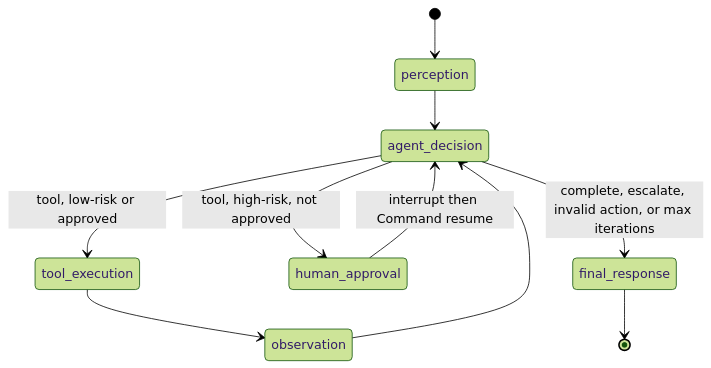
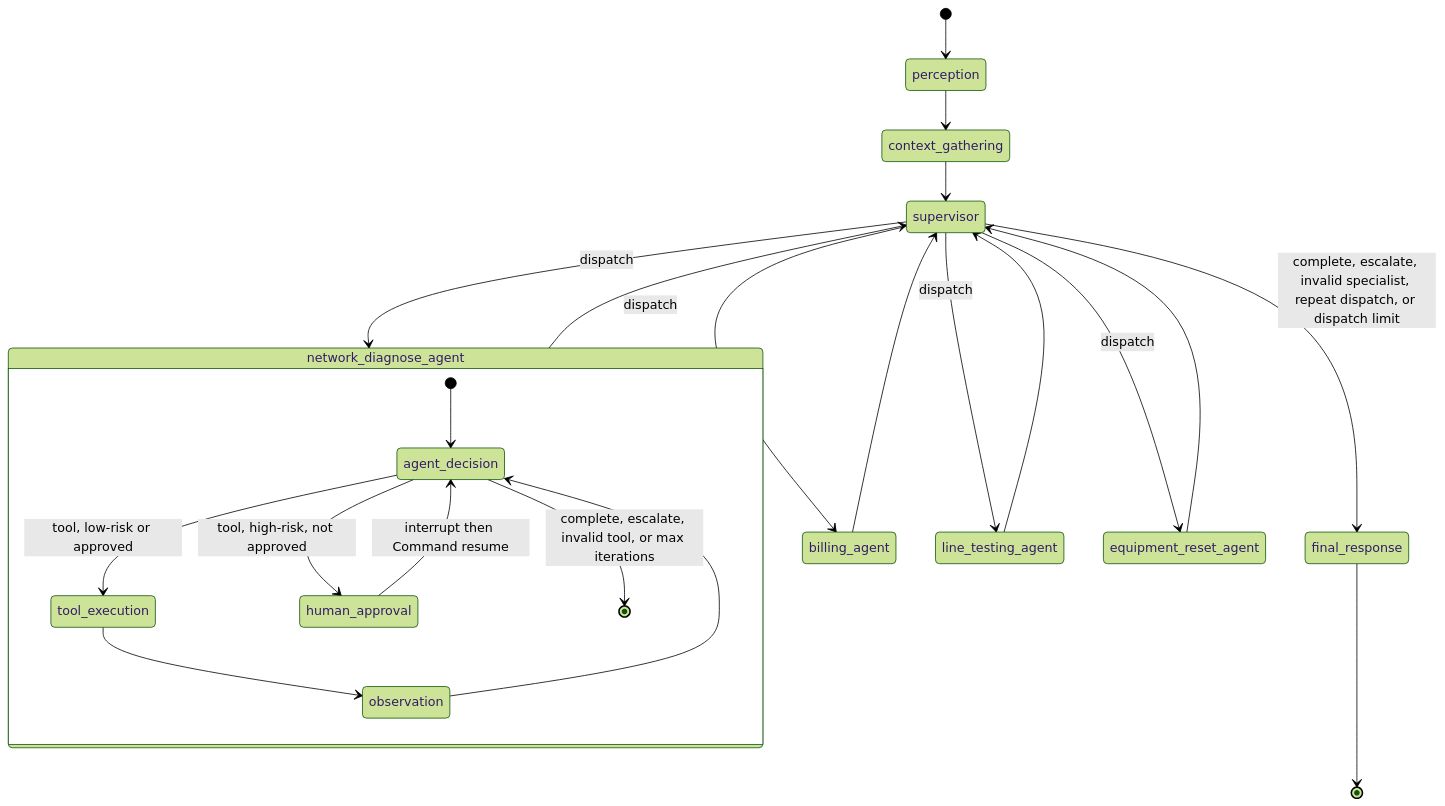
Before and after one commit to linyanqing/BroadbandServiceTriageAIAgent: the third of 5 diagrams in docs/architecture.md, drawn with Mermaid (forest theme). The commit also changed other lines of this file and 48 other files, not shown here.

````diff
--- a/docs/architecture.md
+++ b/docs/architecture.md
@@ -70,12 +86,26 @@
 ```mermaid
 stateDiagram-v2
     [*] --> perception
-    perception --> agent_decision
-    agent_decision --> tool_execution: tool, low-risk or approved
-    agent_decision --> human_approval: tool, high-risk, not approved
-    agent_decision --> final_response: complete, escalate, invalid action, or max iterations
-    tool_execution --> observation
-    observation --> agent_decision
-    human_approval --> agent_decision: interrupt then Command resume
+    perception --> context_gathering
+    context_gathering --> supervisor
+    supervisor --> network_diagnose_agent: dispatch
+    supervisor --> billing_agent: dispatch
+    supervisor --> line_testing_agent: dispatch
+    supervisor --> equipment_reset_agent: dispatch
+    supervisor --> final_response: complete, escalate, invalid specialist, repeat dispatch, or dispatch limit
+    network_diagnose_agent --> supervisor
+    billing_agent --> supervisor
+    line_testing_agent --> supervisor
+    equipment_reset_agent --> supervisor
     final_response --> [*]
+
+    state network_diagnose_agent {
+        [*] --> agent_decision
+        agent_decision --> tool_execution: tool, low-risk or approved
+        agent_decision --> human_approval: tool, high-risk, not approved
+        agent_decision --> [*]: complete, escalate, invalid tool, or max iterations
+        tool_execution --> observation
+        observation --> agent_decision
+        human_approval --> agent_decision: interrupt then Command resume
+    }
 ```
````
